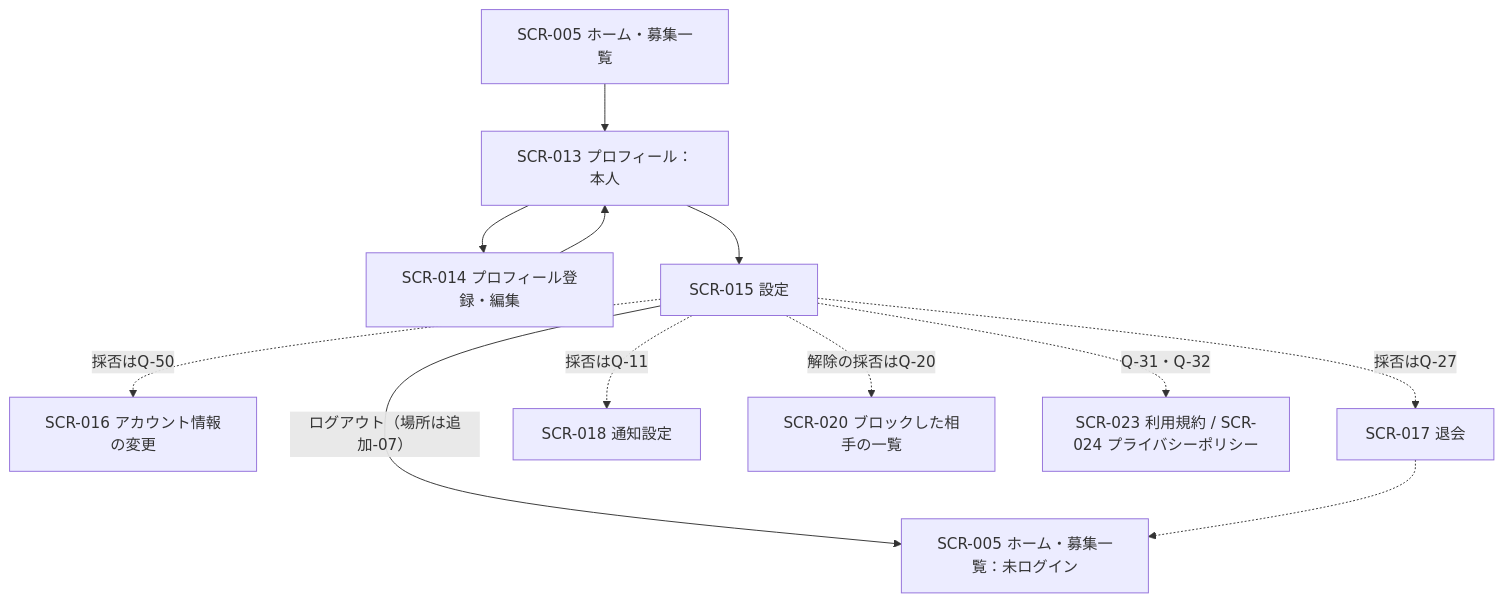
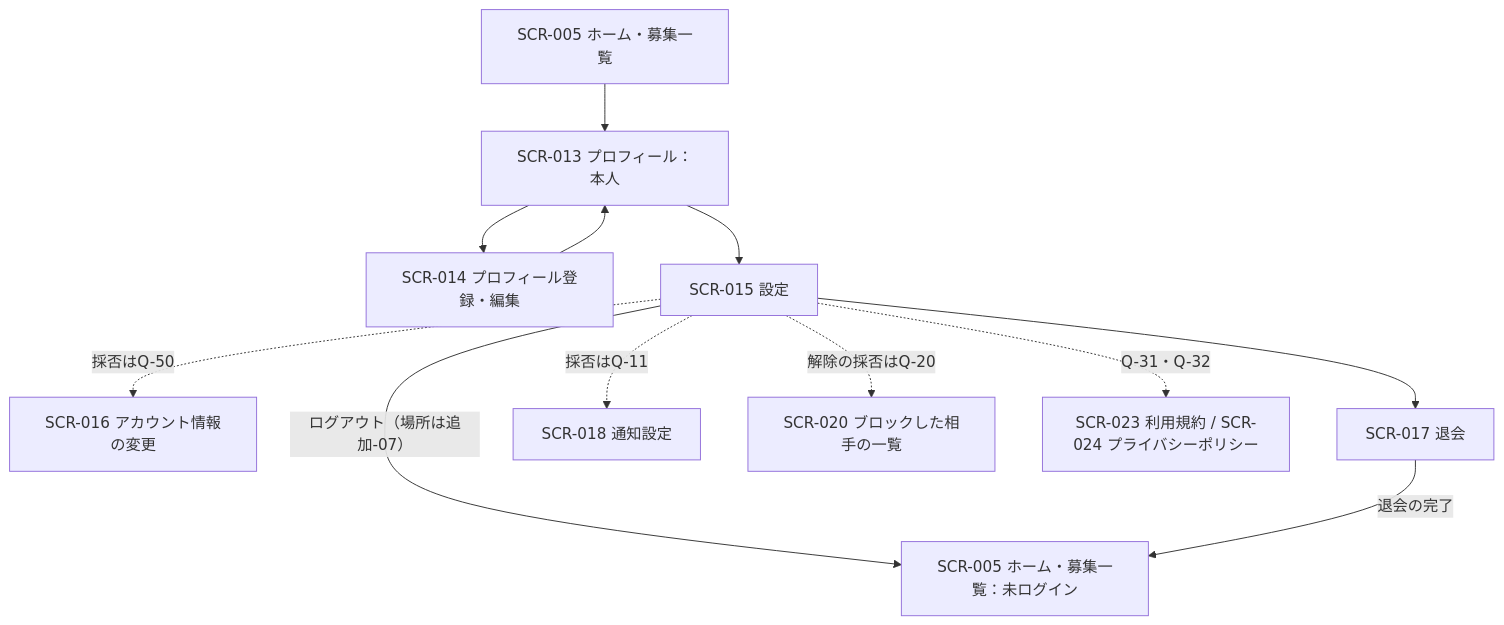
Before and after one commit to sysnovastudio-byte/nagoya-volleyball-matching: the fifth of 8 diagrams in docs/10_画面一覧.md, drawn with Mermaid. The commit also changed other lines of this file and 8 other files, not shown here.

````diff
--- a/docs/10_画面一覧.md
+++ b/docs/10_画面一覧.md
@@ -338,14 +338,14 @@
 ```mermaid
 flowchart TD
     E0["SCR-005 ホーム・募集一覧"] --> E1["SCR-013 プロフィール：本人"]
     E1 --> E2["SCR-014 プロフィール登録・編集"]
     E2 --> E1
     E1 --> E3["SCR-015 設定"]
     E3 -->|"ログアウト（場所は追加-07）"| E4["SCR-005 ホーム・募集一覧：未ログイン"]
     E3 -.->|"採否はQ-50"| E5["SCR-016 アカウント情報の変更"]
-    E3 -.->|"採否はQ-27"| E6["SCR-017 退会"]
+    E3 --> E6["SCR-017 退会"]
     E3 -.->|"採否はQ-11"| E7["SCR-018 通知設定"]
     E3 -.->|"解除の採否はQ-20"| E8["SCR-020 ブロックした相手の一覧"]
     E3 -.->|"Q-31・Q-32"| E9["SCR-023 利用規約 / SCR-024 プライバシーポリシー"]
-    E6 -.-> E4
+    E6 -->|"退会の完了"| E4
 ```
````
